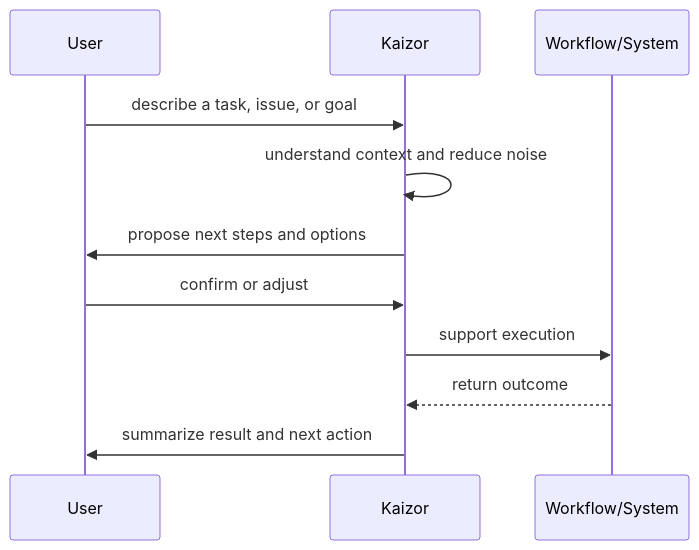
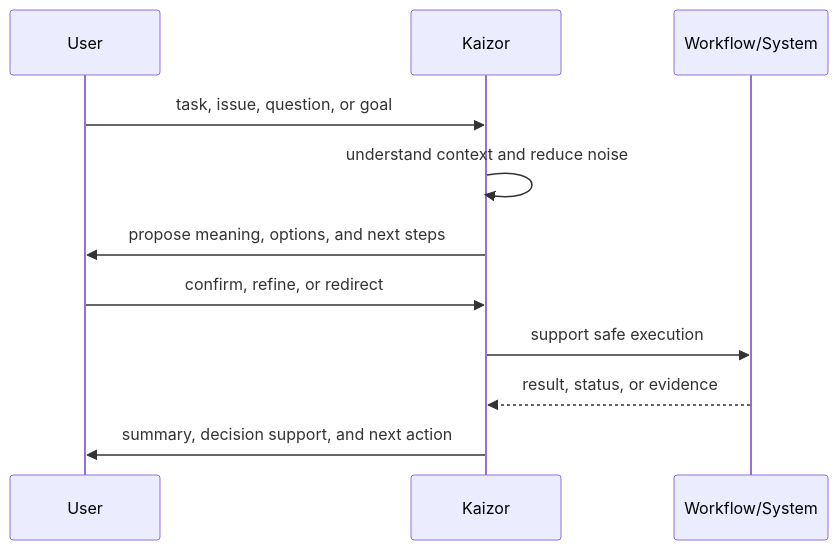
Before and after one commit to AhmedMira/kaizor-trial-release: the second of 6 diagrams in KAIZOR_PLATFORM_README.md, drawn with Mermaid. The commit also changed other lines of this file, not shown here.

Commit message:
docs: expand full kaizor platform readme with roadmap and broader capability map

````diff
--- a/KAIZOR_PLATFORM_README.md
+++ b/KAIZOR_PLATFORM_README.md
@@ -194,14 +318,14 @@
 ```mermaid
 sequenceDiagram
   participant User
   participant Kaizor
-  participant Work as Workflow/System
+  participant Workflow as Workflow/System
 
-  User->>Kaizor: describe a task, issue, or goal
+  User->>Kaizor: task, issue, question, or goal
   Kaizor->>Kaizor: understand context and reduce noise
-  Kaizor->>User: propose next steps and options
-  User->>Kaizor: confirm or adjust
-  Kaizor->>Work: support execution
-  Work-->>Kaizor: return outcome
-  Kaizor->>User: summarize result and next action
+  Kaizor->>User: propose meaning, options, and next steps
+  User->>Kaizor: confirm, refine, or redirect
+  Kaizor->>Workflow: support safe execution
+  Workflow-->>Kaizor: result, status, or evidence
+  Kaizor->>User: summary, decision support, and next action
 ```
````
